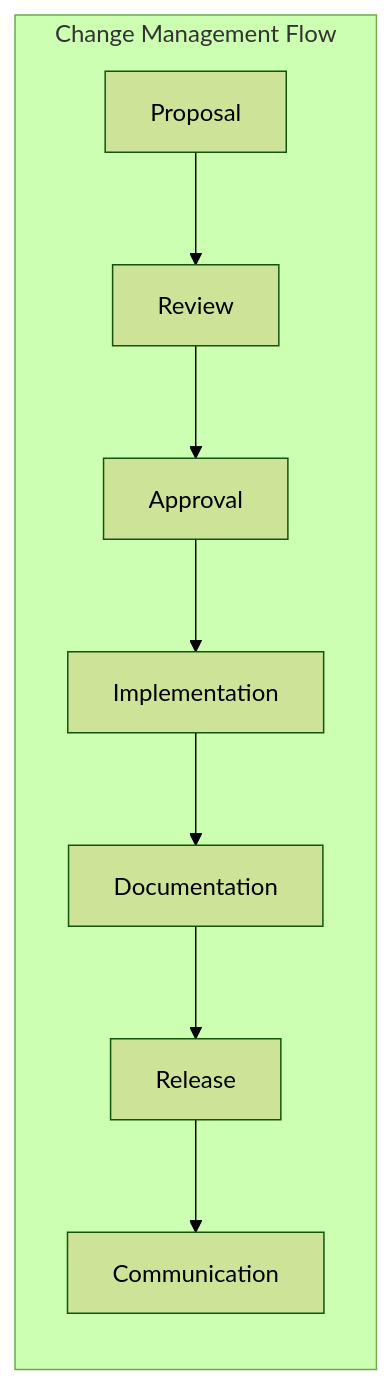
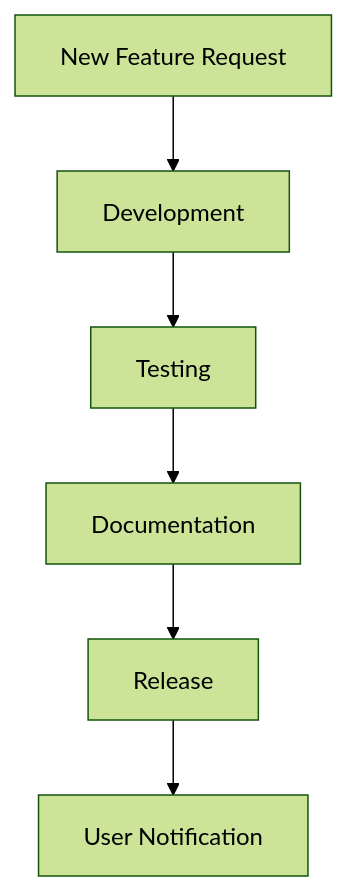
Diagram 24 of 24 in UI_UX_DESIGN.md (bhadkamkar9snehil/GeneralAnalyser), drawn with Mermaid (forest theme) before and after one commit. The commit also changed other lines of this file and 14 other files, not shown here.

````diff
--- a/UI_UX_DESIGN.md
+++ b/UI_UX_DESIGN.md
@@ -1185,11 +1477,8 @@
 ```mermaid
-graph LR
-    subgraph Change Management Flow
-        A[Proposal] --> B[Review]
-        B --> C[Approval]
-        C --> D[Implementation]
-        D --> E[Documentation]
-        E --> F[Release]
-        F --> G[Communication]
-    end
+graph TD
+    A[New Feature Request] --> B[Development]
+    B --> C[Testing]
+    C --> D[Documentation]
+    D --> E[Release]
+    E --> F[User Notification]
 ```
````
